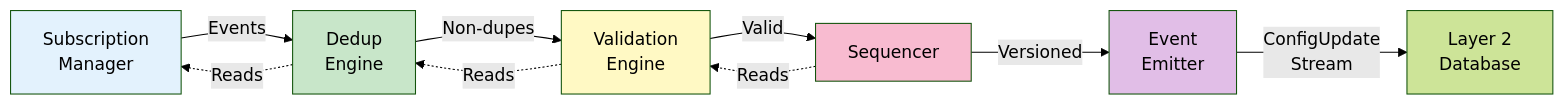
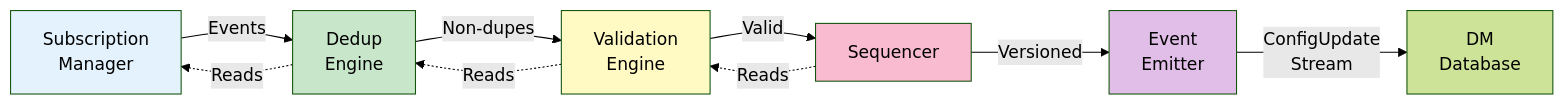
Before and after one commit to rashmirrout/DashFabric: the eighth of 14 diagrams in docs/FM-Designs/FM_DESIGN_LAYER1_CONFIG_PLANE_SUPER_ENHANCED.md, drawn with Mermaid (forest theme). The commit also changed other lines of this file and 32 other files, not shown here.

````diff
--- a/docs/FM-Designs/FM_DESIGN_LAYER1_CONFIG_PLANE_SUPER_ENHANCED.md
+++ b/docs/FM-Designs/FM_DESIGN_LAYER1_CONFIG_PLANE_SUPER_ENHANCED.md
@@ -460,18 +460,18 @@
 ```mermaid
 graph LR
     SM["Subscription<br/>Manager"] -->|"Events"| DE["Dedup<br/>Engine"]
     DE -->|"Non-dupes"| VE["Validation<br/>Engine"]
     VE -->|"Valid"| SQ["Sequencer"]
     SQ -->|"Versioned"| EM["Event<br/>Emitter"]
-    EM -->|"ConfigUpdate<br/>Stream"| L2["Layer 2<br/>Database"]
+    EM -->|"ConfigUpdate<br/>Stream"| L2["DM<br/>Database"]
     
     SQ -.->|"Reads"| VE
     DE -.->|"Reads"| SM
     VE -.->|"Reads"| DE
     
     style SM fill:#e3f2fd
     style DE fill:#c8e6c9
     style VE fill:#fff9c4
     style SQ fill:#f8bbd0
     style EM fill:#e1bee7
 ```
````
